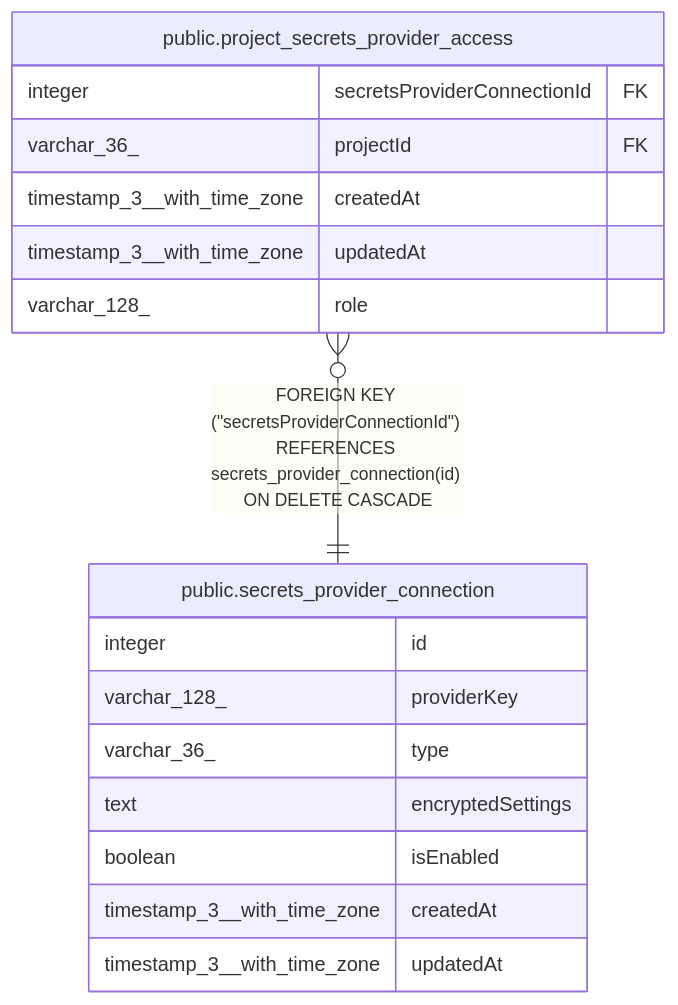
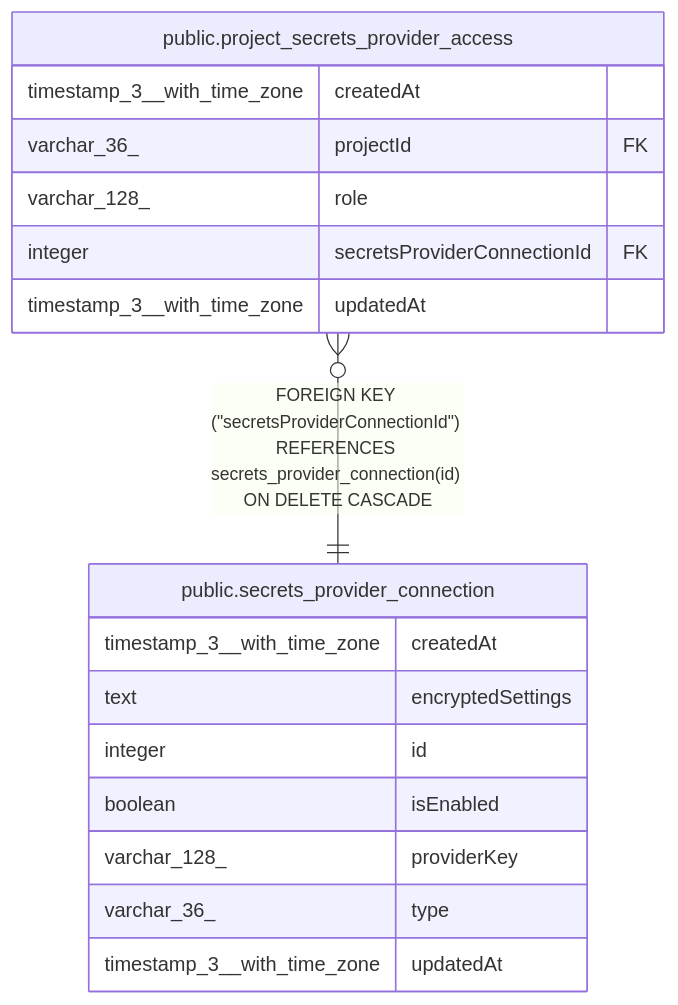
The diagram in docs/generated/postgres-schema/public.secrets_provider_connection.md (mayankjain1815-commits/n8n), drawn with Mermaid before and after one commit. The commit also changed other lines of this file and 221 other files, not shown here.

Commit message:
chore(core): Make DB schema docs generation deterministic (#32373)

````diff
--- a/docs/generated/postgres-schema/public.secrets_provider_connection.md
+++ b/docs/generated/postgres-schema/public.secrets_provider_connection.md
@@ -37,22 +37,22 @@
 ```mermaid
 erDiagram
 
 "public.project_secrets_provider_access" }o--|| "public.secrets_provider_connection" : "FOREIGN KEY (#quot;secretsProviderConnectionId#quot;) REFERENCES secrets_provider_connection(id) ON DELETE CASCADE"
 
 "public.secrets_provider_connection" {
+  timestamp_3__with_time_zone createdAt
+  text encryptedSettings
   integer id
+  boolean isEnabled
   varchar_128_ providerKey
   varchar_36_ type
-  text encryptedSettings
-  boolean isEnabled
-  timestamp_3__with_time_zone createdAt
   timestamp_3__with_time_zone updatedAt
 }
 "public.project_secrets_provider_access" {
+  timestamp_3__with_time_zone createdAt
+  varchar_36_ projectId FK
+  varchar_128_ role
   integer secretsProviderConnectionId FK
-  varchar_36_ projectId FK
-  timestamp_3__with_time_zone createdAt
   timestamp_3__with_time_zone updatedAt
-  varchar_128_ role
 }
 ```
````
